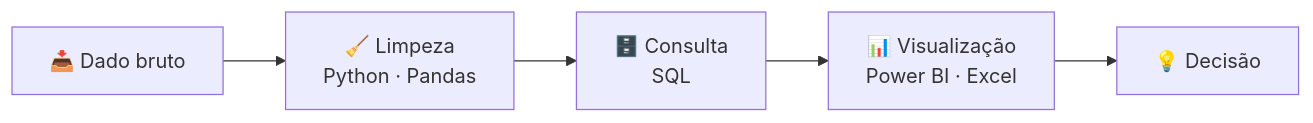
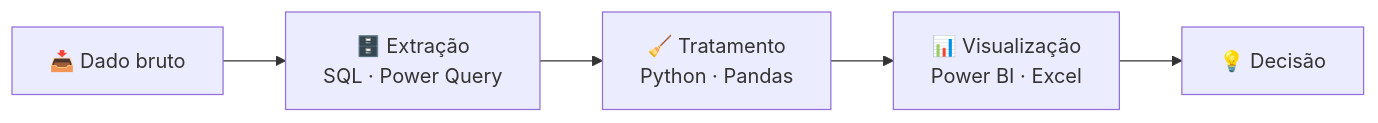
One commit to RyanCamposs/RyanCamposs changed the diagram in README.md. Above: the diagram before and after it, drawn with Mermaid. The commit also changed other lines of this file, not shown here.

````diff
--- a/README.md
+++ b/README.md
@@ -49,7 +50,7 @@
 ```mermaid
 flowchart LR
-    A[📥 Dado bruto] --> B[🧹 Limpeza<br/>Python · Pandas]
-    B --> C[🗄️ Consulta<br/>SQL]
+    A[📥 Dado bruto] --> B[🗄️ Extração<br/>SQL · Power Query]
+    B --> C[🧹 Tratamento<br/>Python · Pandas]
     C --> D[📊 Visualização<br/>Power BI · Excel]
     D --> E[💡 Decisão]
 ```
````
